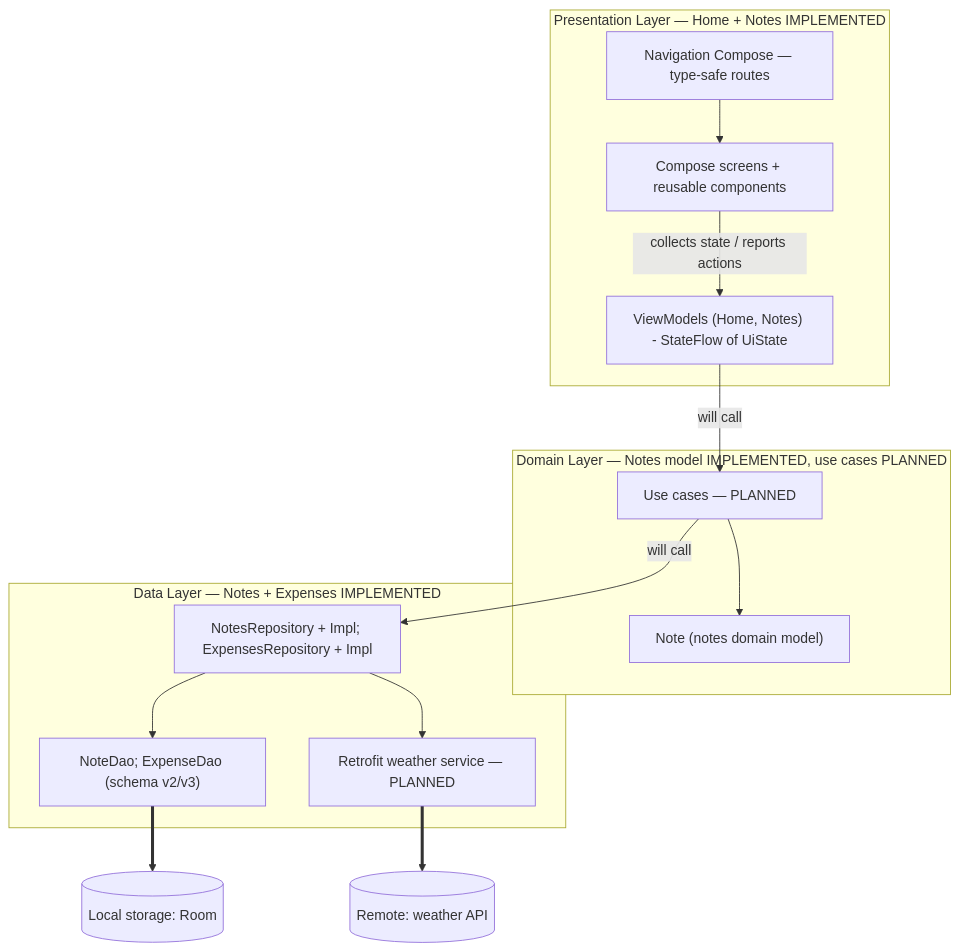
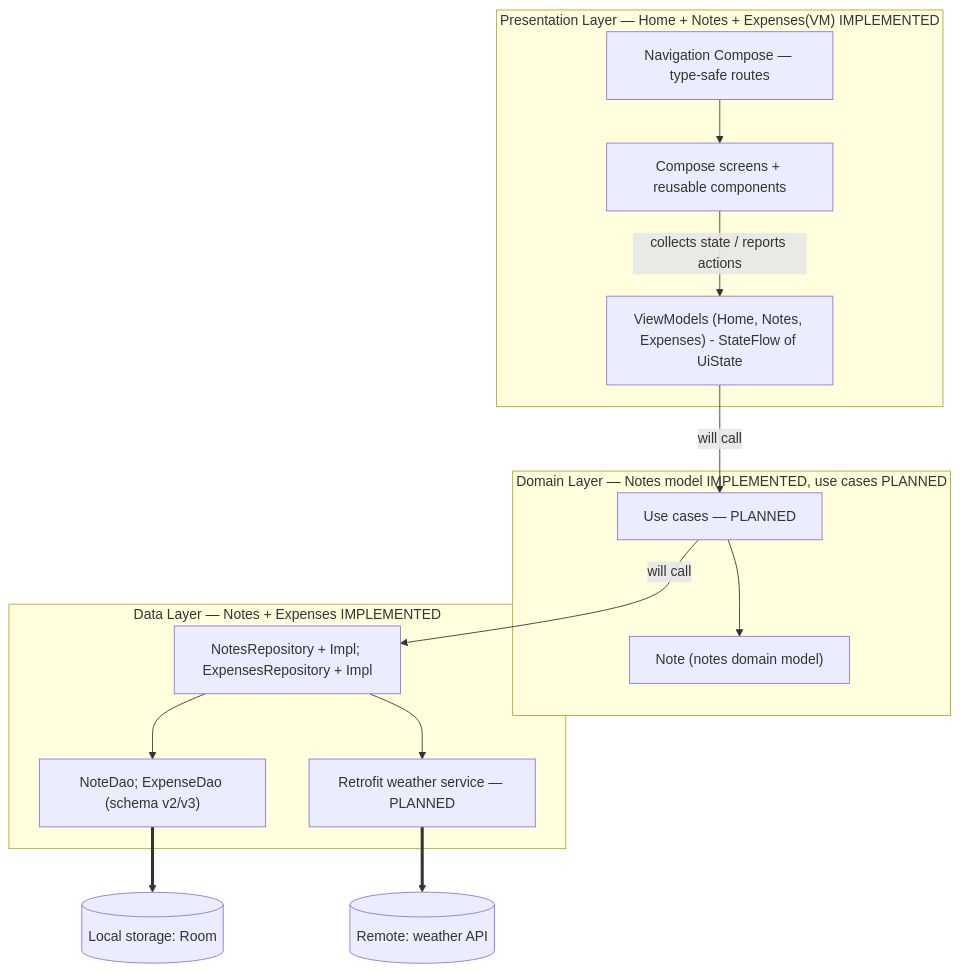
Before and after one commit to mxrckyyy/Hapsay: the diagram in SYSTEM_DESIGN.md, drawn with Mermaid. The commit also changed other lines of this file and 5 other files, not shown here.

````diff
--- a/SYSTEM_DESIGN.md
+++ b/SYSTEM_DESIGN.md
@@ -45,29 +45,29 @@
 ```mermaid
 flowchart TB
-    subgraph P["Presentation Layer — Home + Notes IMPLEMENTED"]
+    subgraph P["Presentation Layer — Home + Notes + Expenses(VM) IMPLEMENTED"]
         SCR["Compose screens + reusable components"]
-        VM["ViewModels (Home, Notes) - StateFlow of UiState"]
+        VM["ViewModels (Home, Notes, Expenses) - StateFlow of UiState"]
         NAV["Navigation Compose — type-safe routes"]
     end
     subgraph D["Domain Layer — Notes model IMPLEMENTED, use cases PLANNED"]
         MOD["Note (notes domain model)"]
         UC["Use cases — PLANNED"]
     end
     subgraph L["Data Layer — Notes + Expenses IMPLEMENTED"]
         REPO["NotesRepository + Impl; ExpensesRepository + Impl"]
         DAO["NoteDao; ExpenseDao (schema v2/v3)"]
         API["Retrofit weather service — PLANNED"]
     end
     DB[("Local storage: Room")]
     NET[("Remote: weather API")]
 
     NAV --> SCR
     SCR -- collects state / reports actions --> VM
     VM -- "will call" --> UC
     UC --> MOD
     UC -- "will call" --> REPO
     REPO --> DAO
     REPO --> API
     DAO ==> DB
     API ==> NET
 ```
````
